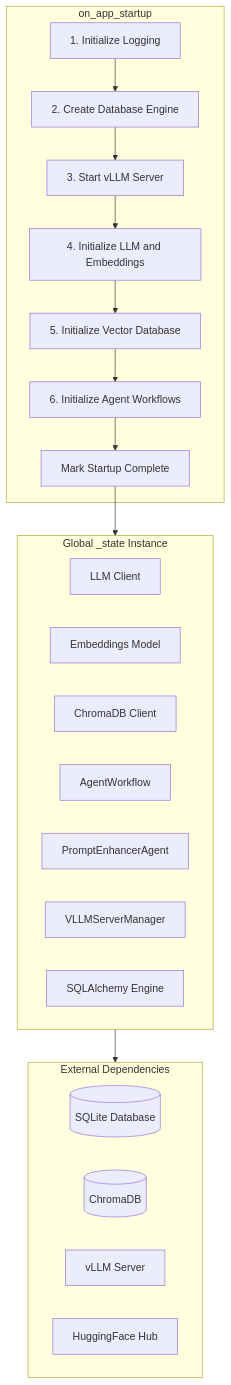
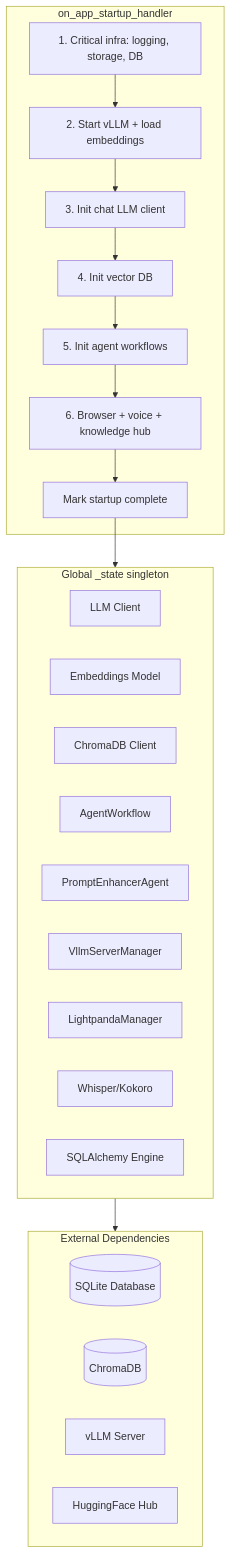
The first of 2 diagrams in docs/web-ui-initialization.md (malvavisc0/aria-ai), drawn with Mermaid before and after one commit. The commit also changed other lines of this file and 21 other files, not shown here.

````diff
--- a/docs/web-ui-initialization.md
+++ b/docs/web-ui-initialization.md
@@ -28,32 +35,34 @@
 ```mermaid
 flowchart TB
-    subgraph Startup [on_app_startup]
-        A[1. Initialize Logging] --> B[2. Create Database Engine]
-        B --> C[3. Start vLLM Server]
-        C --> D[4. Initialize LLM and Embeddings]
-        D --> E[5. Initialize Vector Database]
-        E --> F[6. Initialize Agent Workflows]
-        F --> G[Mark Startup Complete]
+    subgraph Startup [on_app_startup_handler]
+        A[1. Critical infra: logging, storage, DB] --> B[2. Start vLLM + load embeddings]
+        B --> C[3. Init chat LLM client]
+        C --> D[4. Init vector DB]
+        D --> E[5. Init agent workflows]
+        E --> F[6. Browser + voice + knowledge hub]
+        F --> G[Mark startup complete]
     end
-    
-    subgraph AppState [Global _state Instance]
+
+    subgraph AppState [Global _state singleton]
         llm[LLM Client]
         embeddings[Embeddings Model]
         vector_db[ChromaDB Client]
         agents_workflow[AgentWorkflow]
         prompt_enhancer[PromptEnhancerAgent]
-        vllm_manager[VLLMServerManager]
+        vllm_manager[VllmServerManager]
+        browser_manager[LightpandaManager]
+        voice_manager[Whisper/Kokoro]
         db_engine[SQLAlchemy Engine]
     end
-    
+
     G --> AppState
-    
+
     subgraph External [External Dependencies]
         sqlite[(SQLite Database)]
         chromadb[(ChromaDB)]
         vllm_server[vLLM Server]
         huggingface[HuggingFace Hub]
     end
-    
+
     AppState --> External
 ```
````
